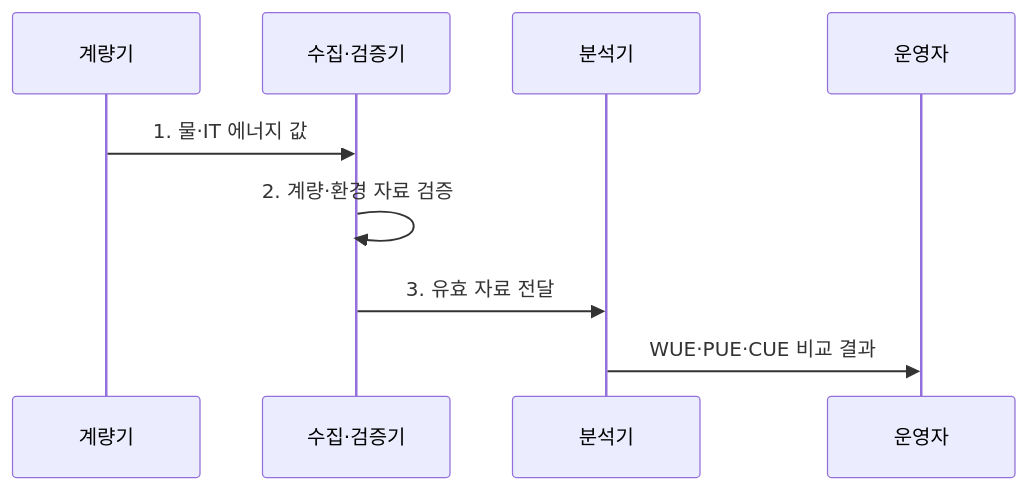
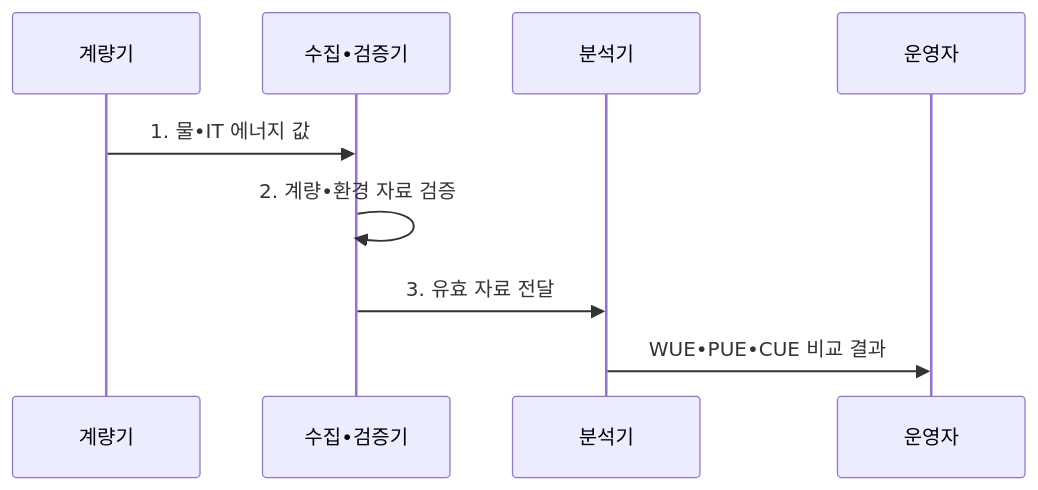
The second of 2 diagrams in src/content/docs/notes/02-hardware/059_water_usage_effectiveness.md (agnusdei1207/knowledge-base), drawn with Mermaid before and after one commit. The commit also changed other lines of this file and 953 other files, not shown here.

````diff
--- a/src/content/docs/notes/02-hardware/059_water_usage_effectiveness.md
+++ b/src/content/docs/notes/02-hardware/059_water_usage_effectiveness.md
@@ -103,12 +103,12 @@
 ```mermaid
 sequenceDiagram
     participant M as 계량기
-    participant C as 수집·검증기
+    participant C as 수집•검증기
     participant A as 분석기
     participant O as 운영자
 
-    M->>C: 1. 물·IT 에너지 값
-    C->>C: 2. 계량·환경 자료 검증
+    M->>C: 1. 물•IT 에너지 값
+    C->>C: 2. 계량•환경 자료 검증
     C->>A: 3. 유효 자료 전달
-    A->>O: WUE·PUE·CUE 비교 결과
+    A->>O: WUE•PUE•CUE 비교 결과
 ```
````
